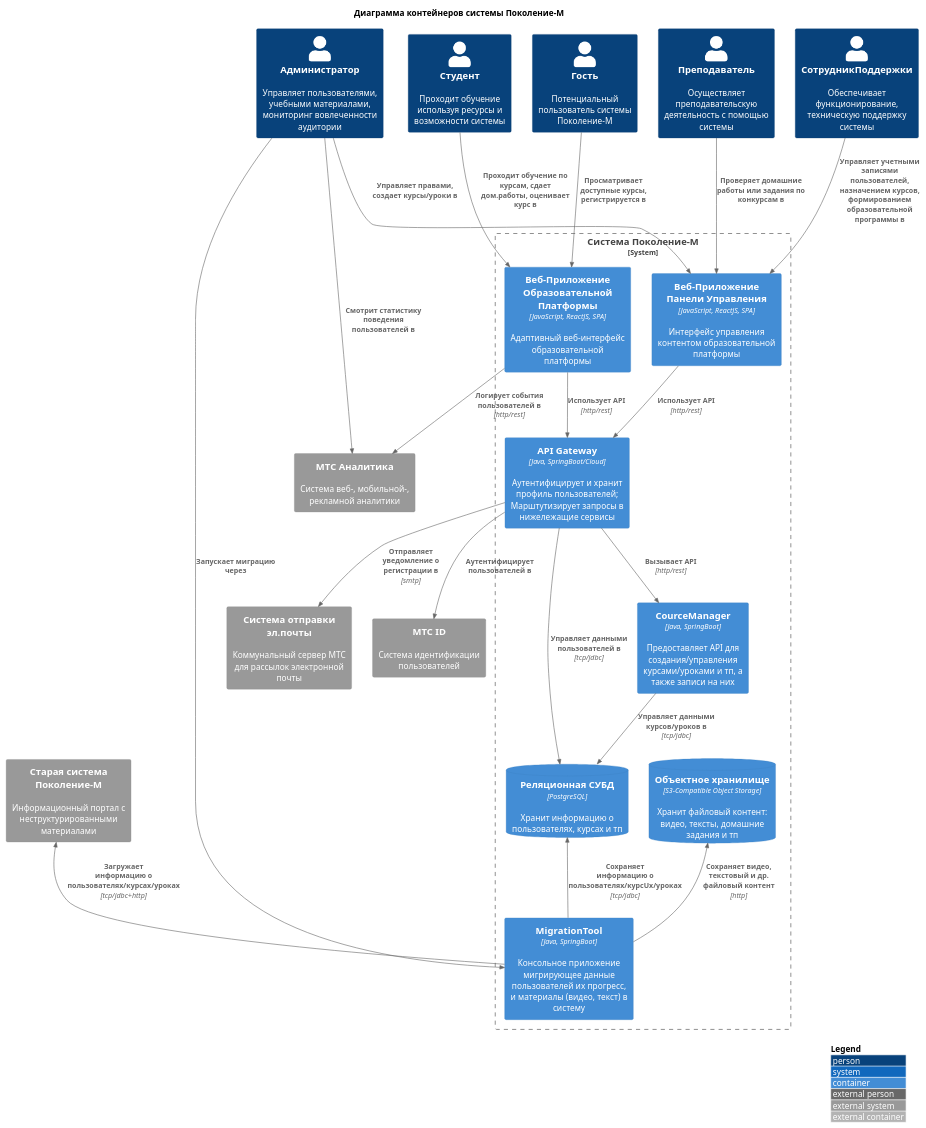
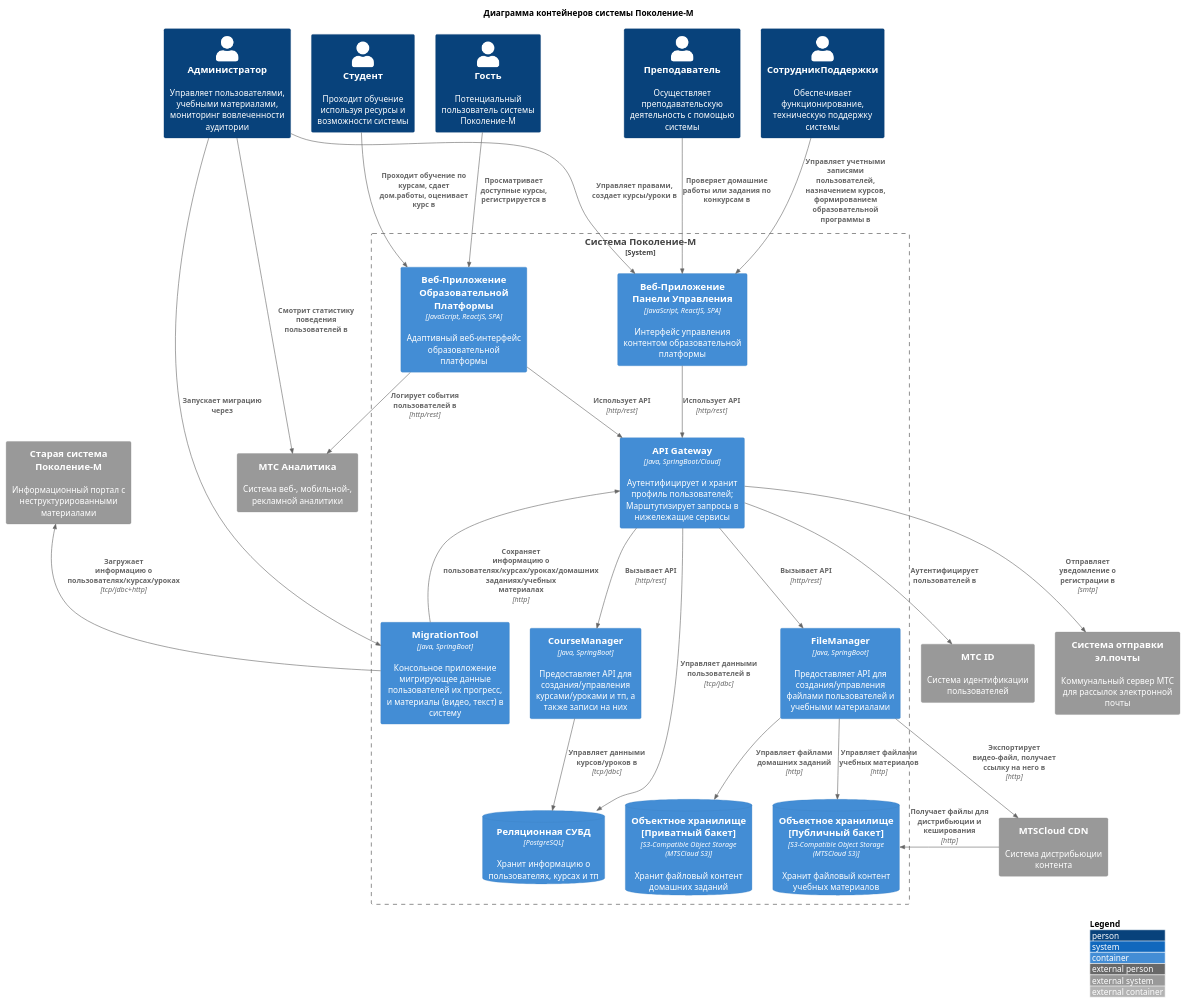
The diagram in docs/c4/containers.md (karpoftea/mts-kata-2023), drawn with PlantUML before and after one commit. The commit also changed 1 other file, not shown here.

Commit message:
add adr for content storage

````diff
--- a/docs/c4/containers.md
+++ b/docs/c4/containers.md
@@ -2,56 +2,65 @@
 ```plantuml
 @startuml
 !include https://raw.githubusercontent.com/plantuml-stdlib/C4-PlantUML/master/C4_Container.puml
 
 LAYOUT_WITH_LEGEND()
 
 title Диаграмма контейнеров системы Поколение-М
 
 Person(guest, "Гость", "Потенциальный пользователь системы Поколение-М")
 Person(student, "Студент", "Проходит обучение используя ресурсы и возможности системы")
 Person(teacher, "Преподаватель", "Осуществляет преподавательскую деятельность с помощью системы")
 Person(support, "СотрудникПоддержки", "Обеспечивает функционирование, техническую поддержку системы")
 Person(admin, "Администратор", "Управляет пользователями, учебными материалами, мониторинг вовлеченности аудитории")
 
 System_Boundary(sys, "Система Поколение-М") {
     Container(userwebapp, "Веб-Приложение Образовательной Платформы", "JavaScript, ReactJS, SPA", "Адаптивный веб-интерфейс образовательной платформы")
     Container(adminwebapp, "Веб-Приложение Панели Управления", "JavaScript, ReactJS, SPA", "Интерфейс управления контентом образовательной платформы")
     Container(gw, "API Gateway", "Java, SpringBoot/Cloud", "Аутентифицирует и хранит профиль пользователей; Марштутизирует запросы в нижележащие сервисы")
-    Container(cm, "CourceManager", "Java, SpringBoot", "Предоставляет API для создания/управления курсами/уроками и тп, а также записи на них")
+    Container(cm, "CourseManager", "Java, SpringBoot", "Предоставляет API для создания/управления курсами/уроками и тп, а также записи на них")
+    Container(fm, "FileManager", "Java, SpringBoot", "Предоставляет API для создания/управления файлами пользователей и учебными материалами")
     Container(mt, "MigrationTool", "Java, SpringBoot", "Консольное приложение мигрирующее данные пользователей их прогресс, и материалы (видео, текст) в систему")
     ContainerDb(dbms, "Реляционная СУБД", "PostgreSQL", "Хранит информацию о пользователях, курсах и тп")
-    ContainerDb(s3, "Объектное хранилище", "S3-Compatible Object Storage", "Хранит файловый контент: видео, тексты, домашние задания и тп")
+    ContainerDb(s3private, "Объектное хранилище [Приватный бакет]", "S3-Compatible Object Storage (MTSCloud S3)", "Хранит файловый контент домашних заданий")
+    ContainerDb(s3public, "Объектное хранилище [Публичный бакет]", "S3-Compatible Object Storage (MTSCloud S3)", "Хранит файловый контент учебных материалов")
 }
 
 System_Ext(mtsa, "МТС Аналитика", "Система веб-, мобильной-, рекламной аналитики")
 System_Ext(emailsys, "Система отправки эл.почты", "Коммунальный сервер МТС для рассылок электронной почты")
 System_Ext(mtsid, "МТС ID", "Система идентификации пользователей")
+System_Ext(mtscloudcdn, "MTSCloud CDN", "Система дистрибьюции контента")
 System_Ext(legacy, "Старая система Поколение-М", "Информационный портал с неструктурированными материалами")
 
 Rel(admin, adminwebapp, "Управляет правами, создает курсы/уроки в")
 Rel(admin, mtsa, "Смотрит статистику поведения пользователей в")
 Rel(admin, mt, "Запускает миграцию через")
 
 Rel(guest, userwebapp, "Просматривает доступные курсы, регистрируется в")
 Rel(student, userwebapp, "Проходит обучение по курсам, сдает дом.работы, оценивает курс в")
 Rel(teacher, adminwebapp, "Проверяет домашние работы или задания по конкурсам в")
 Rel(support, adminwebapp, "Управляет учетными записями пользователей, назначением курсов, формированием образовательной программы в")
 
 Rel(userwebapp, gw, "Использует API", "http/rest")
 Rel(userwebapp, mtsa, "Логирует события пользователей в", "http/rest")
 
 Rel(adminwebapp, gw, "Использует API", "http/rest")
 
-Rel(gw, cm, "Вызывает API", "http/rest")
 Rel(gw, dbms, "Управляет данными пользователей в", "tcp/jdbc")
 Rel(gw, emailsys, "Отправляет уведомление о регистрации в", "smtp")
 Rel(gw, mtsid, "Аутентифицирует пользователей в")
+Rel(gw, cm, "Вызывает API", "http/rest")
+Rel(gw, fm, "Вызывает API", "http/rest")
 
 Rel(cm, dbms, "Управляет данными курсов/уроков в", "tcp/jdbc")
 
 Rel_U(mt, legacy, "Загружает информацию о пользователях/курсах/уроках", "tcp/jdbc+http")
-Rel_U(mt, dbms, "Сохраняет информацию о пользователях/курсUх/уроках", "tcp/jdbc")
-Rel_U(mt, s3, "Сохраняет видео, текстовый и др. файловый контент", "http")
+Rel_U(mt, gw, "Сохраняет информацию о пользователях/курсах/уроках/домашних заданиях/учебных материалах", "http")
+
+Rel(fm, s3private, "Управляет файлами домашних заданий", "http")
+Rel(fm, s3public, "Управляет файлами учебных материалов", "http")
+Rel(fm, mtscloudcdn, "Экспортирует видео-файл, получает ссылку на него в", "http")
+
+Rel_R(mtscloudcdn, s3public, "Получает файлы для дистрибьюции и кеширования", "http")
 
 @enduml
 ```
````
